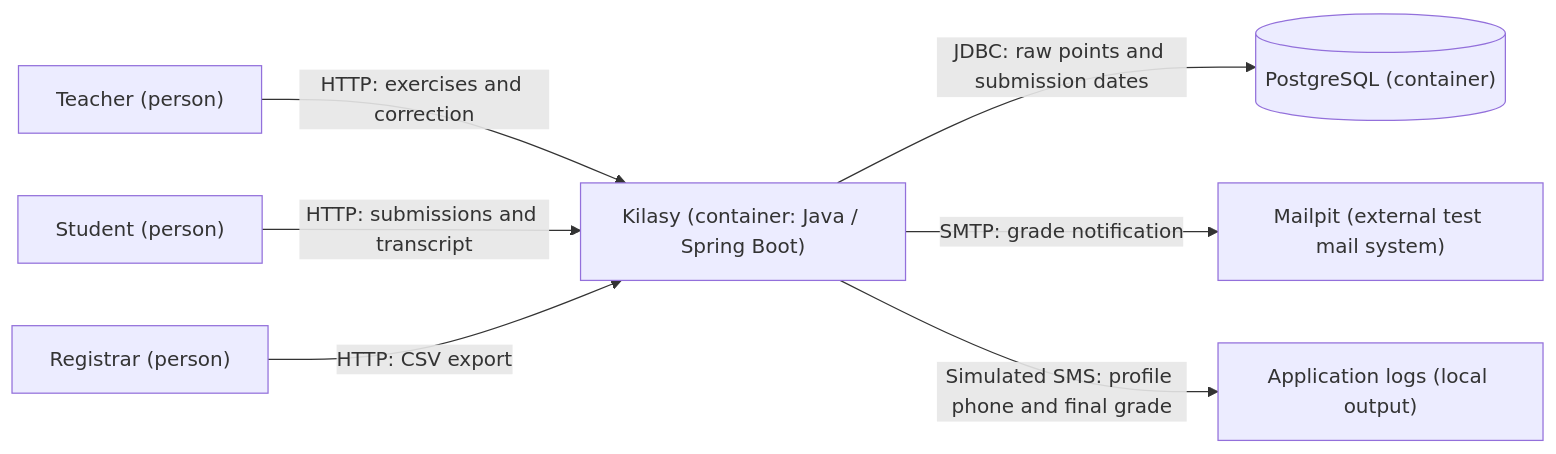
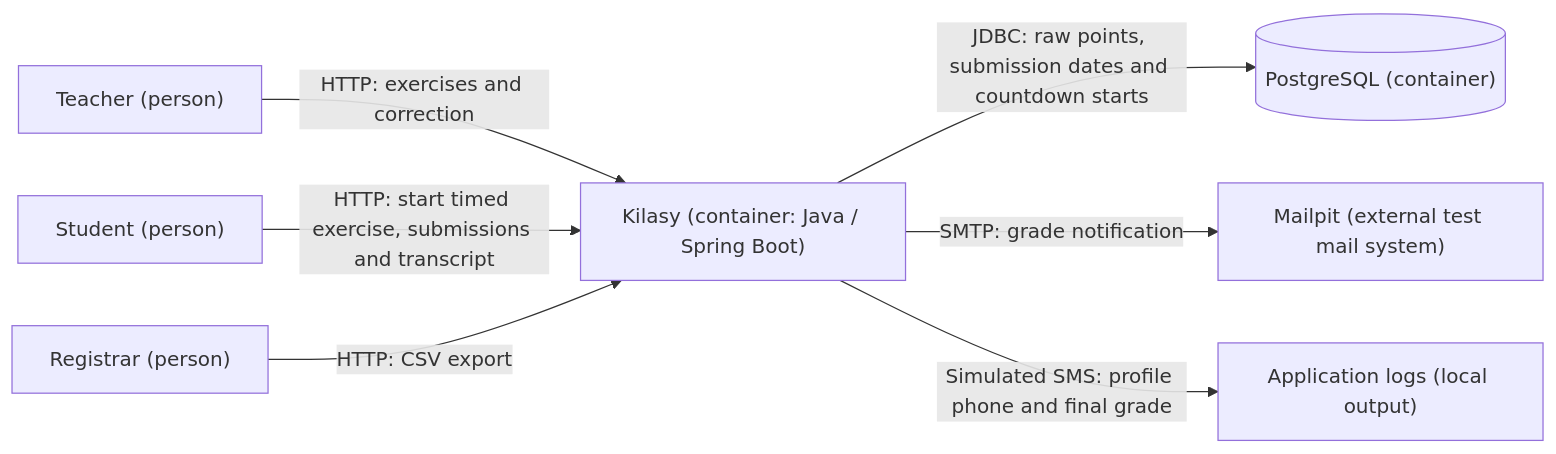
Before and after one commit to andriarison/hei-kilasy: the diagram in docs/architecture.md, drawn with Mermaid. The commit also changed other lines of this file and 13 other files, not shown here.

````diff
--- a/docs/architecture.md
+++ b/docs/architecture.md
@@ -5,9 +5,9 @@
 ```mermaid
 flowchart LR
     teacher["Teacher (person)"] -->|"HTTP: exercises and correction"| app["Kilasy (container: Java / Spring Boot)"]
-    student["Student (person)"] -->|"HTTP: submissions and transcript"| app
+    student["Student (person)"] -->|"HTTP: start timed exercise, submissions and transcript"| app
     registrar["Registrar (person)"] -->|"HTTP: CSV export"| app
-    app -->|"JDBC: raw points and submission dates"| db[("PostgreSQL (container)")]
+    app -->|"JDBC: raw points, submission dates and countdown starts"| db[("PostgreSQL (container)")]
     app -->|"SMTP: grade notification"| mail["Mailpit (external test mail system)"]
     app -->|"Simulated SMS: profile phone and final grade"| logs["Application logs (local output)"]
 ```
````
